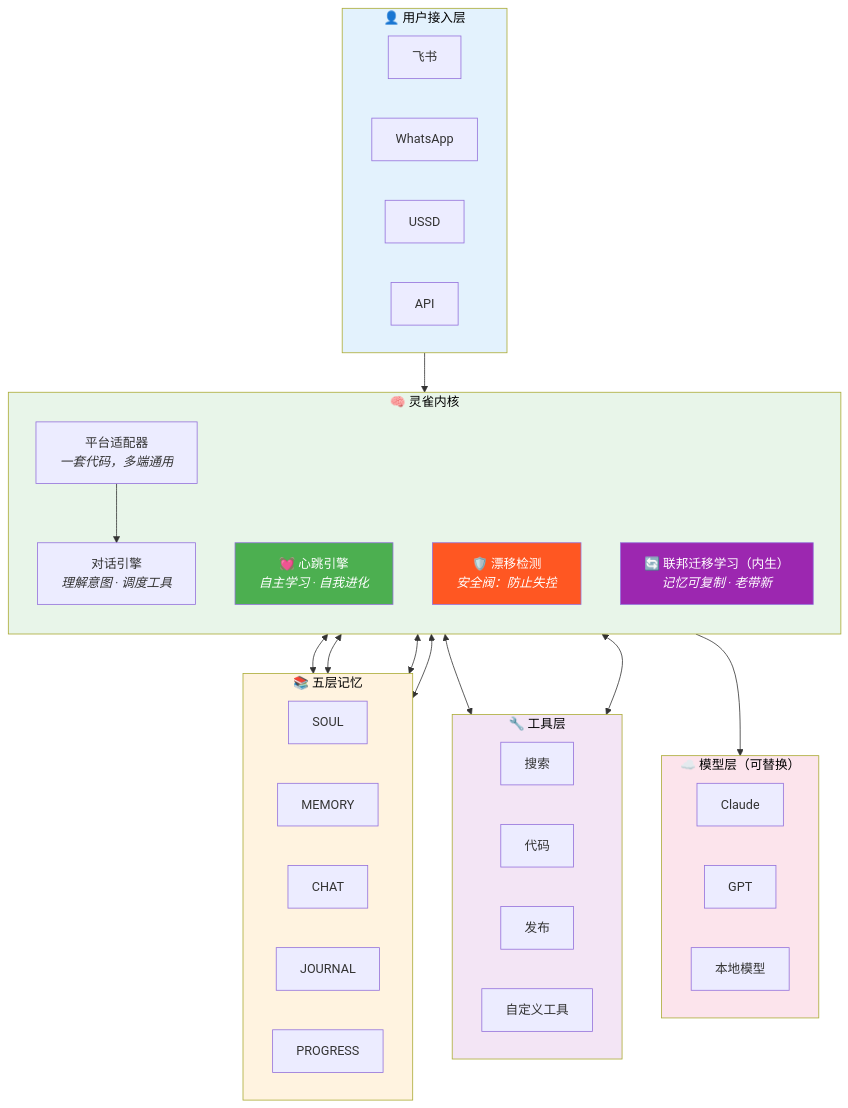
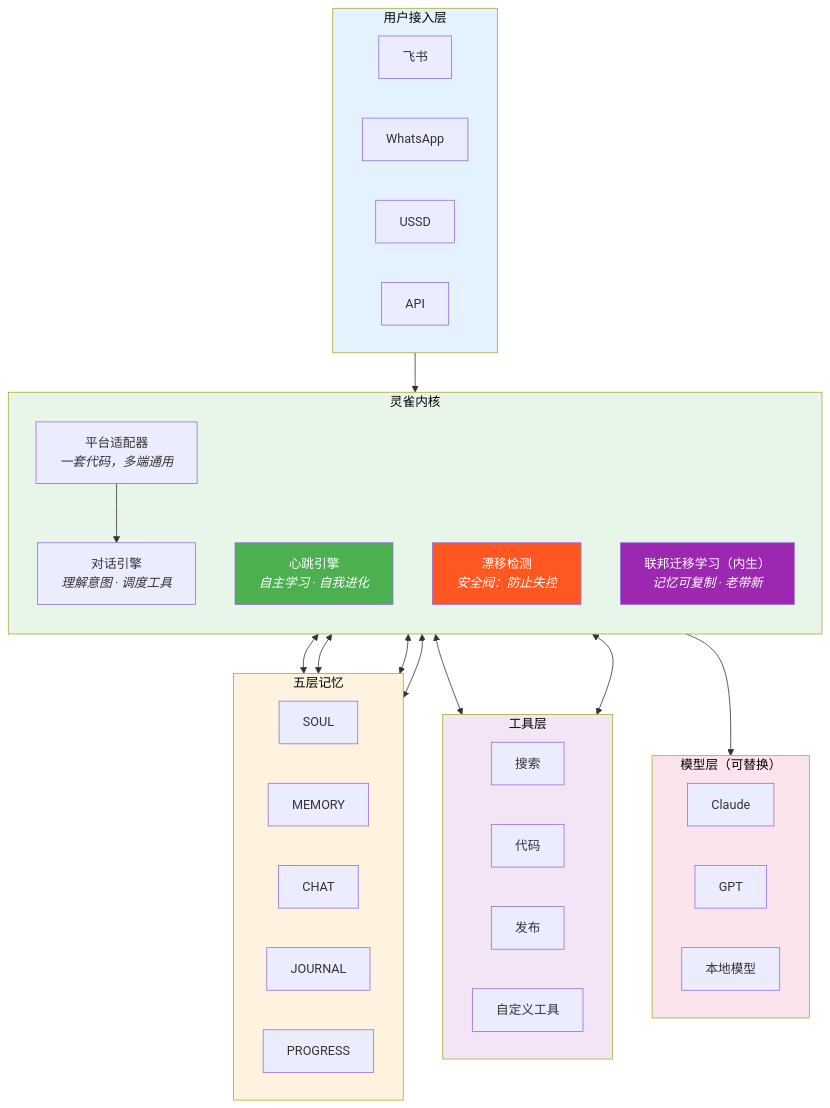
One commit to CodePothunter/lingque changed the fourth of 11 diagrams in docs/VC_TENGEN_AI.md. Above: the diagram before and after it, drawn with Mermaid. The commit also changed other lines of this file, not shown here.

Commit message:
📝【文档】：移除所有 mermaid 图表中的 emoji 以修复 GitHub 渲染问题

````diff
--- a/docs/VC_TENGEN_AI.md
+++ b/docs/VC_TENGEN_AI.md
@@ -243,61 +243,61 @@
 ```mermaid
 flowchart TB
-    subgraph USER["👤 用户接入层"]
+    subgraph USER["用户接入层"]
         U1["飞书"]
         U2["WhatsApp"]
         U3["USSD"]
         U4["API"]
     end
 
-    subgraph CORE["🧠 灵雀内核"]
+    subgraph CORE["灵雀内核"]
         direction TB
         ADAPTER["平台适配器<br/><i>一套代码，多端通用</i>"]
         ENGINE["对话引擎<br/><i>理解意图 · 调度工具</i>"]
-        HEARTBEAT["💓 心跳引擎<br/><i>自主学习 · 自我进化</i>"]
-        DRIFT["🛡️ 漂移检测<br/><i>安全阀：防止失控</i>"]
-        FTL["🔄 联邦迁移学习（内生）<br/><i>记忆可复制 · 老带新</i>"]
+        HEARTBEAT["心跳引擎<br/><i>自主学习 · 自我进化</i>"]
+        DRIFT["漂移检测<br/><i>安全阀：防止失控</i>"]
+        FTL["联邦迁移学习（内生）<br/><i>记忆可复制 · 老带新</i>"]
     end
 
-    subgraph MEMORY["📚 五层记忆"]
+    subgraph MEMORY["五层记忆"]
         direction LR
         S["SOUL"]
         M["MEMORY"]
         C["CHAT"]
         J["JOURNAL"]
         P["PROGRESS"]
     end
 
-    subgraph TOOLS["🔧 工具层"]
+    subgraph TOOLS["工具层"]
         direction LR
         T1["搜索"]
         T2["代码"]
         T3["发布"]
         T4["自定义工具"]
     end
 
-    subgraph MODEL["☁️ 模型层（可替换）"]
+    subgraph MODEL["模型层（可替换）"]
         direction LR
         M1["Claude"]
         M2["GPT"]
         M3["本地模型"]
     end
 
     USER --> ADAPTER
     ADAPTER --> ENGINE
     ENGINE <--> MEMORY
     ENGINE <--> TOOLS
     ENGINE --> MODEL
     HEARTBEAT <--> MEMORY
     HEARTBEAT <--> TOOLS
     DRIFT <--> MEMORY
     FTL <--> MEMORY
 
     style USER fill:#E3F2FD,color:#000
     style CORE fill:#E8F5E9,color:#000
     style MEMORY fill:#FFF3E0,color:#000
     style TOOLS fill:#F3E5F5,color:#000
     style MODEL fill:#FCE4EC,color:#000
     style HEARTBEAT fill:#4CAF50,color:#fff
     style DRIFT fill:#FF5722,color:#fff
     style FTL fill:#9C27B0,color:#fff
 ```
````
